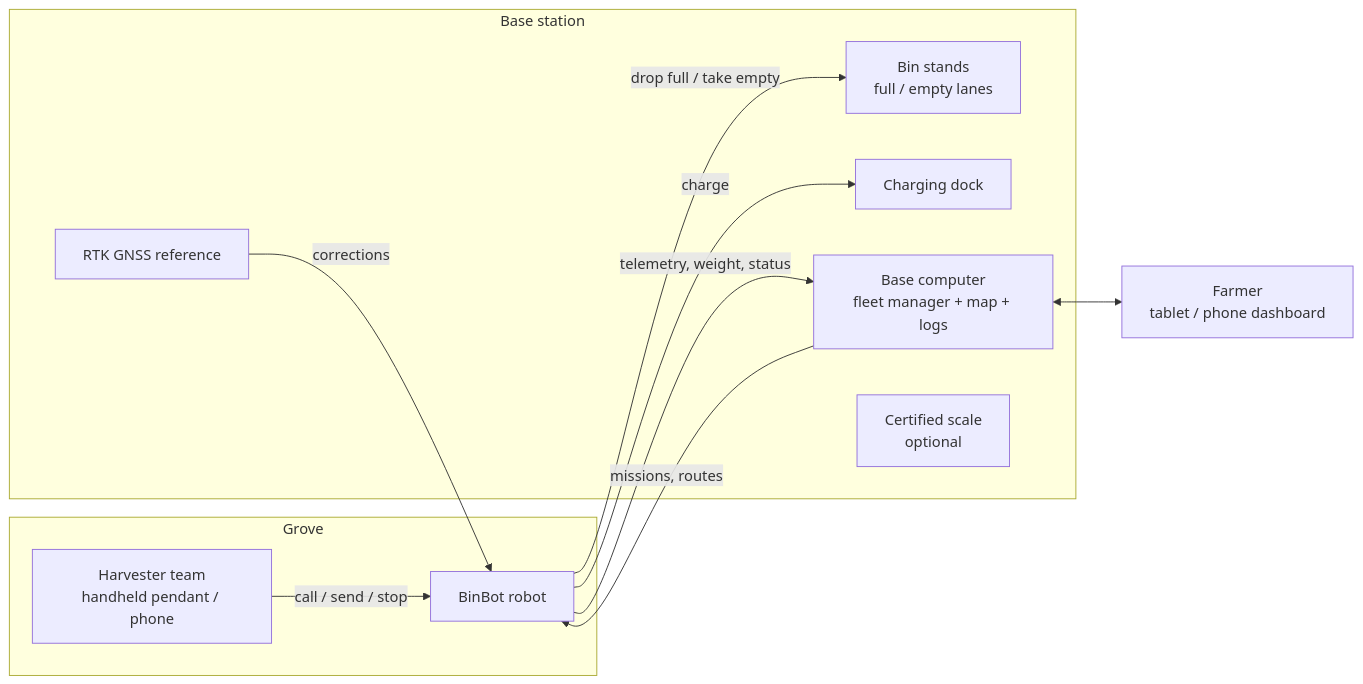
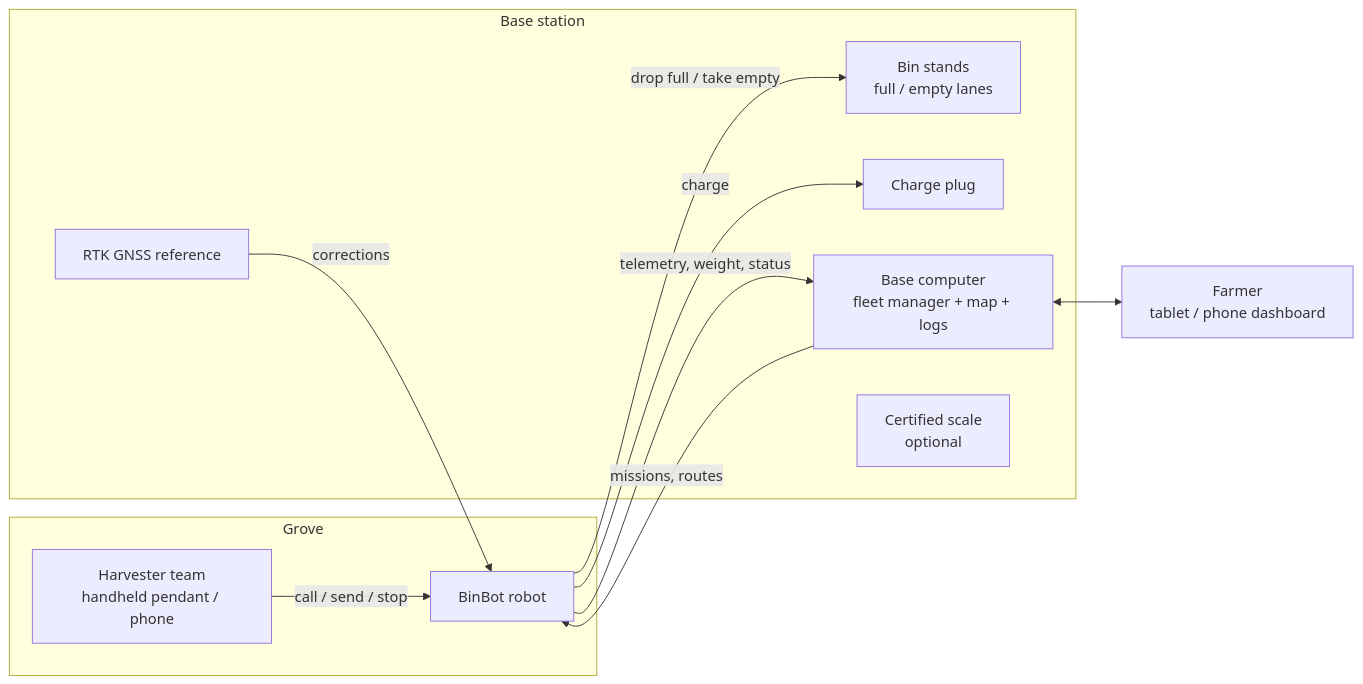
One commit to gelimorto2/binbot changed the first of 3 diagrams in docs/00-wireframe.md. Above: the diagram before and after it, drawn with Mermaid. The commit also changed other lines of this file, not shown here.

````diff
--- a/docs/00-wireframe.md
+++ b/docs/00-wireframe.md
@@ -38,23 +40,23 @@
 ```mermaid
 flowchart LR
   subgraph FIELD[Grove]
     H[Harvester team<br/>handheld pendant / phone]
     R[BinBot robot]
   end
   subgraph BASE[Base station]
     S[Bin stands<br/>full / empty lanes]
-    C[Charging dock]
+    C[Charge plug]
     SRV[Base computer<br/>fleet manager + map + logs]
     RTK[RTK GNSS reference]
     SC[Certified scale<br/>optional]
   end
   FARM[Farmer<br/>tablet / phone dashboard]
 
   H -- call / send / stop --> R
   R -- telemetry, weight, status --> SRV
   SRV -- missions, routes --> R
   RTK -- corrections --> R
   R -- drop full / take empty --> S
   R -- charge --> C
   SRV <--> FARM
 ```
````
